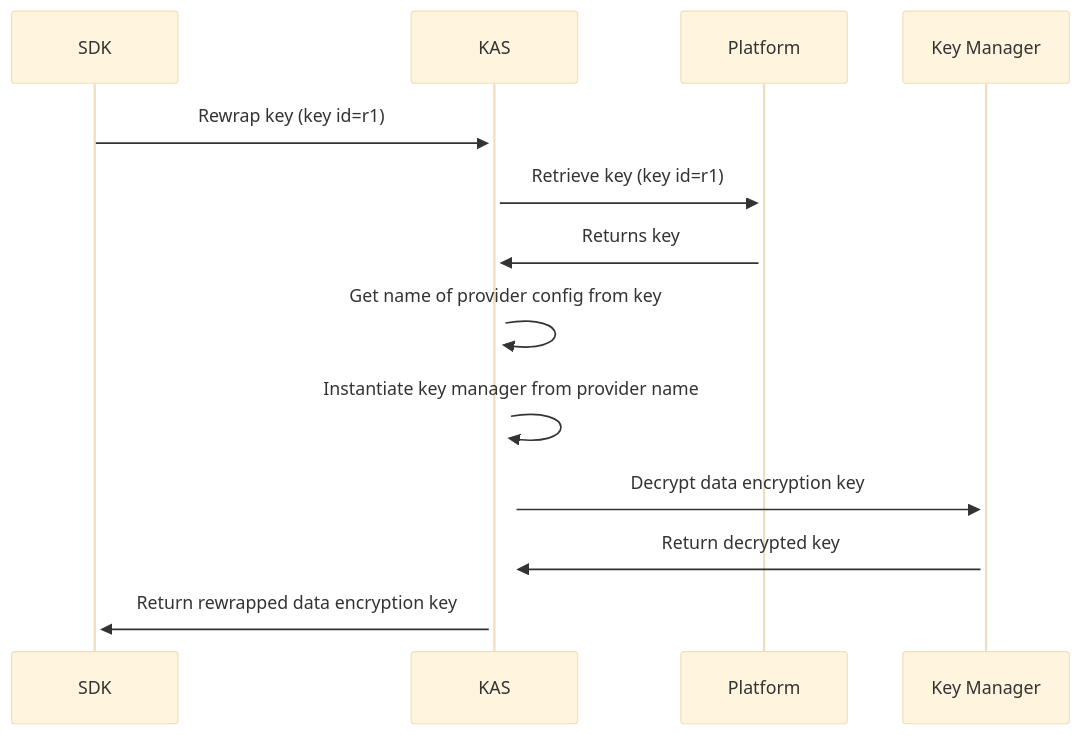
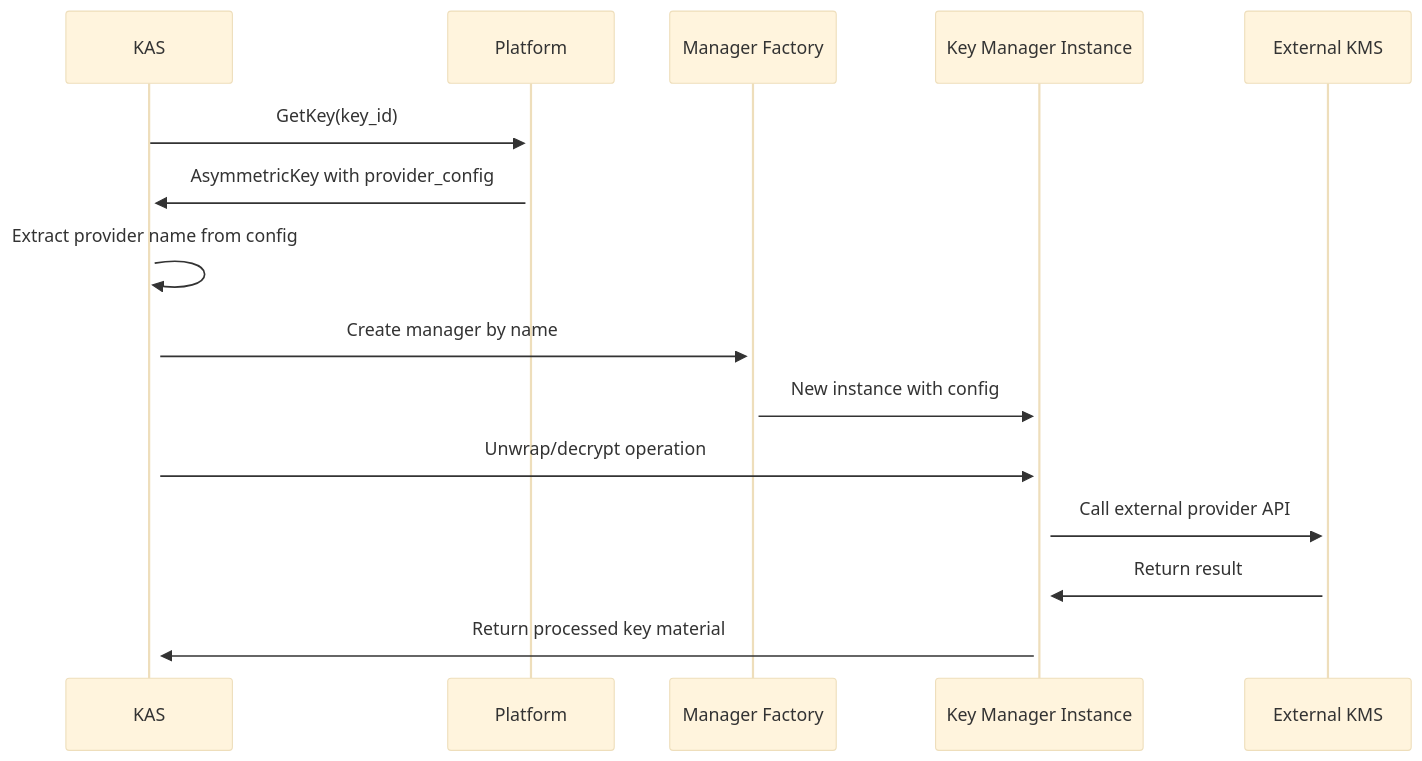
One commit to opentdf/docs changed the second of 2 diagrams in docs/components/policy/keymanagement/key_managers.md. Above: the diagram before and after it, drawn with Mermaid (base theme). The commit also changed other lines of this file and 8 other files, not shown here.

````diff
--- a/docs/components/policy/keymanagement/key_managers.md
+++ b/docs/components/policy/keymanagement/key_managers.md
@@ -30,11 +48,18 @@
 ```mermaid
 sequenceDiagram
-    SDK->>+KAS: Rewrap key (key id=r1)
-    KAS->>+Platform: Retrieve key (key id=r1)
-    Platform->>+KAS: Returns key
-    KAS->>+KAS: Get name of provider config from key
-    KAS->>+KAS: Instantiate key manager from provider name
-    KAS->>+Key Manager: Decrypt data encryption key
-    Key Manager->>+KAS: Return decrypted key
-    KAS->>+SDK: Return rewrapped data encryption key
+    participant KAS
+    participant Platform
+    participant Factory as Manager Factory
+    participant Manager as Key Manager Instance
+    participant KMS as External KMS
+    
+    KAS->>+Platform: GetKey(key_id)
+    Platform->>+KAS: AsymmetricKey with provider_config
+    KAS->>+KAS: Extract provider name from config
+    KAS->>+Factory: Create manager by name
+    Factory->>+Manager: New instance with config
+    KAS->>+Manager: Unwrap/decrypt operation
+    Manager->>+KMS: Call external provider API
+    KMS->>+Manager: Return result
+    Manager->>+KAS: Return processed key material
 ```
````
